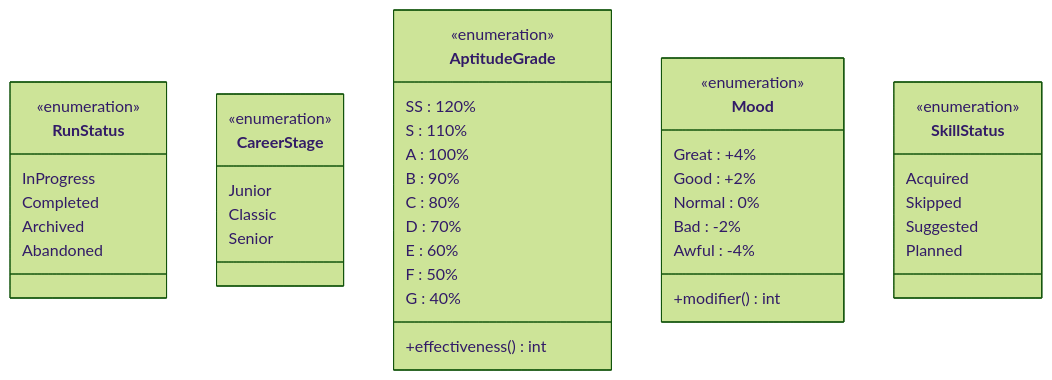
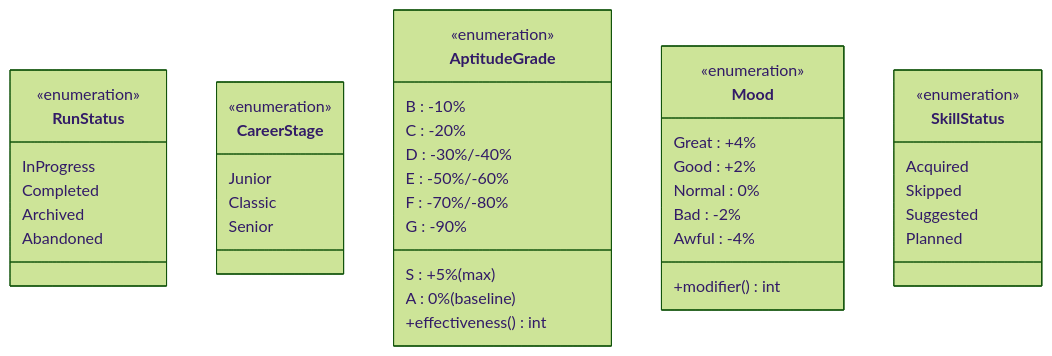
Before and after one commit to exatfrds67/umamusume-career-planner: the fifth of 12 diagrams in docs/00-core-docs/004_SDS_Software_Design_Specifications.md, drawn with Mermaid (forest theme). The commit also changed other lines of this file and 313 other files, not shown here.

````diff
--- a/docs/00-core-docs/004_SDS_Software_Design_Specifications.md
+++ b/docs/00-core-docs/004_SDS_Software_Design_Specifications.md
@@ -392,49 +392,48 @@
 ```mermaid
 classDiagram
     class RunStatus {
         <<enumeration>>
         InProgress
         Completed
         Archived
         Abandoned
     }
     
     class CareerStage {
         <<enumeration>>
         Junior
         Classic
         Senior
     }
     
     class AptitudeGrade {
         <<enumeration>>
-        SS : 120%
-        S : 110%
-        A : 100%
-        B : 90%
-        C : 80%
-        D : 70%
-        E : 60%
-        F : 50%
-        G : 40%
+        S : +5% (max)
+        A : 0% (baseline)
+        B : -10%
+        C : -20%
+        D : -30%/-40%
+        E : -50%/-60%
+        F : -70%/-80%
+        G : -90%
         +effectiveness() int
     }
     
     class Mood {
         <<enumeration>>
         Great : +4%
         Good : +2%
         Normal : 0%
         Bad : -2%
         Awful : -4%
         +modifier() int
     }
     
     class SkillStatus {
         <<enumeration>>
         Acquired
         Skipped
         Suggested
         Planned
     }
 ```
````
